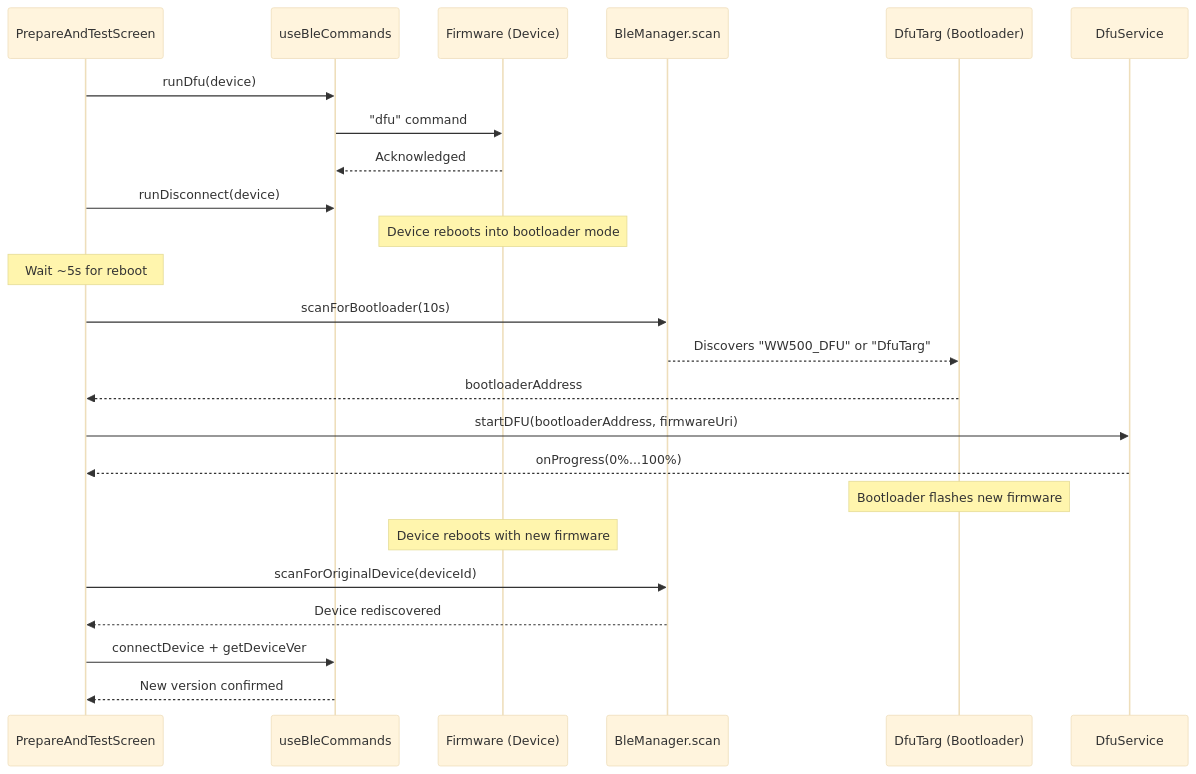
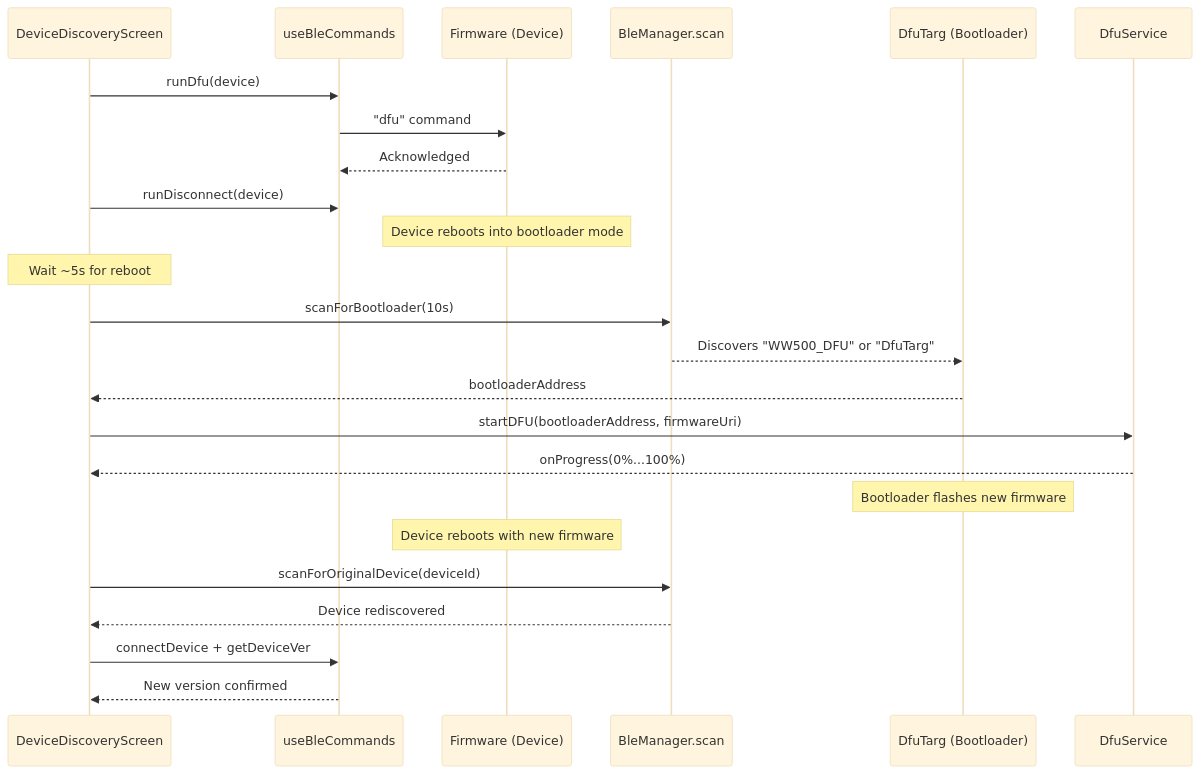
The fourth of 6 diagrams in documentation/resources/BLE_Architecture.md (wildlifeai/ww-mobile-app), drawn with Mermaid (base theme) before and after one commit. The commit also changed other lines of this file and 53 other files, not shown here.

````diff
--- a/documentation/resources/BLE_Architecture.md
+++ b/documentation/resources/BLE_Architecture.md
@@ -160,30 +161,30 @@
 ```mermaid
 sequenceDiagram
-    participant UI as PrepareAndTestScreen
+    participant UI as DeviceDiscoveryScreen
     participant BLE as useBleCommands
     participant FW as Firmware (Device)
     participant Scan as BleManager.scan
     participant Boot as DfuTarg (Bootloader)
     participant DFU as DfuService
 
     UI->>BLE: runDfu(device)
     BLE->>FW: "dfu" command
     FW-->>BLE: Acknowledged
     UI->>BLE: runDisconnect(device)
     Note over FW: Device reboots into bootloader mode
     Note over UI: Wait ~5s for reboot
 
     UI->>Scan: scanForBootloader(10s)
     Scan-->>Boot: Discovers "WW500_DFU" or "DfuTarg"
     Boot-->>UI: bootloaderAddress
 
     UI->>DFU: startDFU(bootloaderAddress, firmwareUri)
     DFU-->>UI: onProgress(0%...100%)
     Note over Boot: Bootloader flashes new firmware
 
     Note over FW: Device reboots with new firmware
     UI->>Scan: scanForOriginalDevice(deviceId)
     Scan-->>UI: Device rediscovered
     UI->>BLE: connectDevice + getDeviceVer
     BLE-->>UI: New version confirmed
 ```
````
